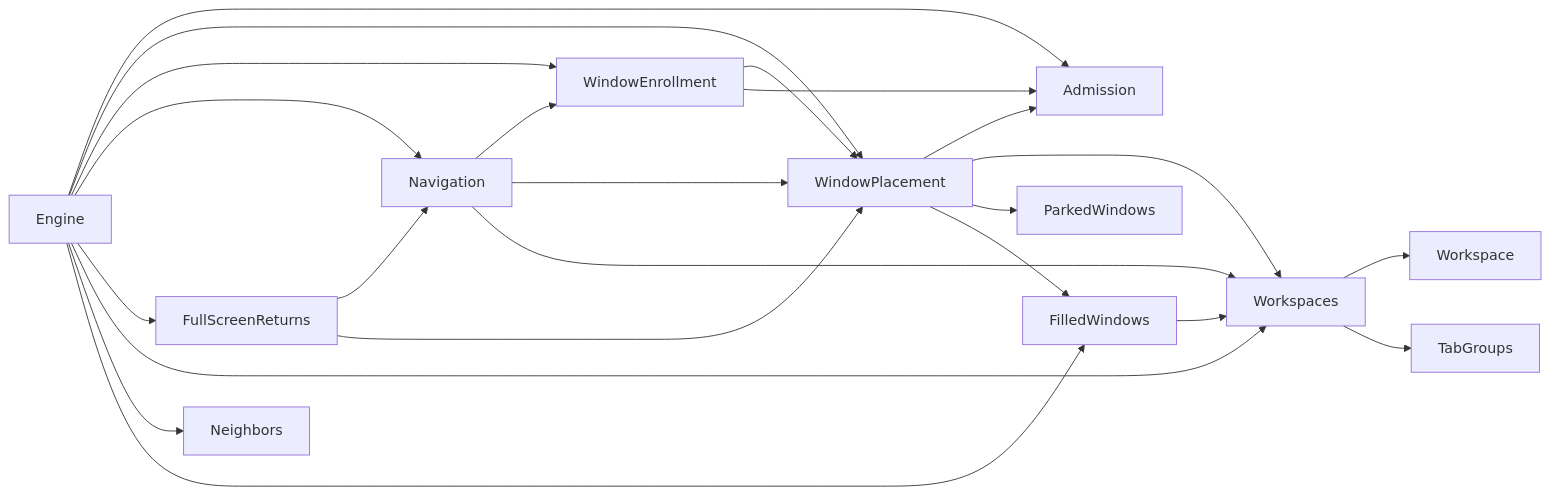
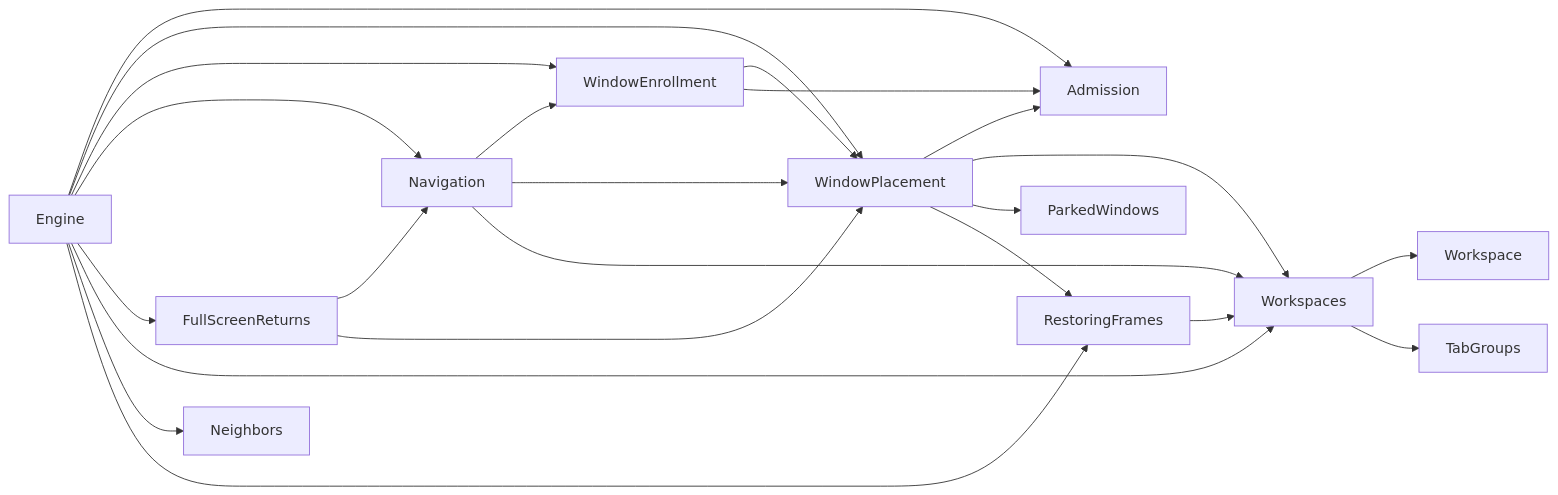
The fourth of 19 diagrams in ARCHITECTURE.md (brennovich/ottowm), drawn with Mermaid before and after one commit. The commit also changed other lines of this file and 7 other files, not shown here.

First line of the commit message:
Name the restoring frames after what they hold

````diff
--- a/ARCHITECTURE.md
+++ b/ARCHITECTURE.md
@@ -124,25 +124,25 @@
 ```mermaid
 flowchart LR
     Engine --> Admission
     Engine --> WindowPlacement
     Engine --> WindowEnrollment
     Engine --> Navigation
     Engine --> FullScreenReturns
     Engine --> Workspaces
     Engine --> Neighbors
-    Engine --> FilledWindows
+    Engine --> RestoringFrames
     WindowEnrollment --> WindowPlacement
     WindowEnrollment --> Admission
     WindowPlacement --> Admission
     Navigation --> WindowEnrollment
     Navigation --> WindowPlacement
     FullScreenReturns --> Navigation
     FullScreenReturns --> WindowPlacement
     WindowPlacement --> Workspaces
     WindowPlacement --> ParkedWindows
-    WindowPlacement --> FilledWindows
-    FilledWindows --> Workspaces
+    WindowPlacement --> RestoringFrames
+    RestoringFrames --> Workspaces
     Navigation --> Workspaces
     Workspaces --> Workspace
     Workspaces --> TabGroups
 ```
````
